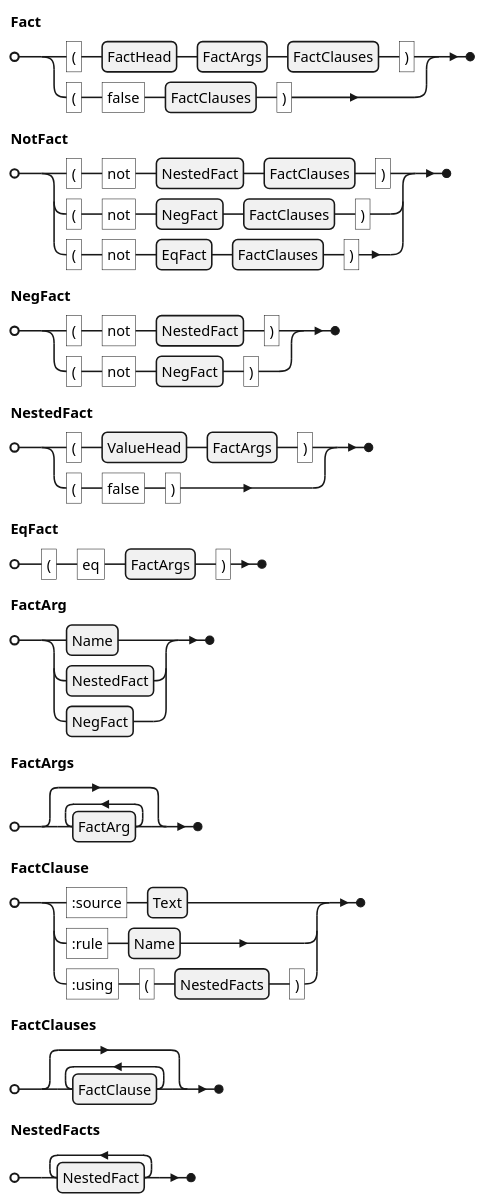
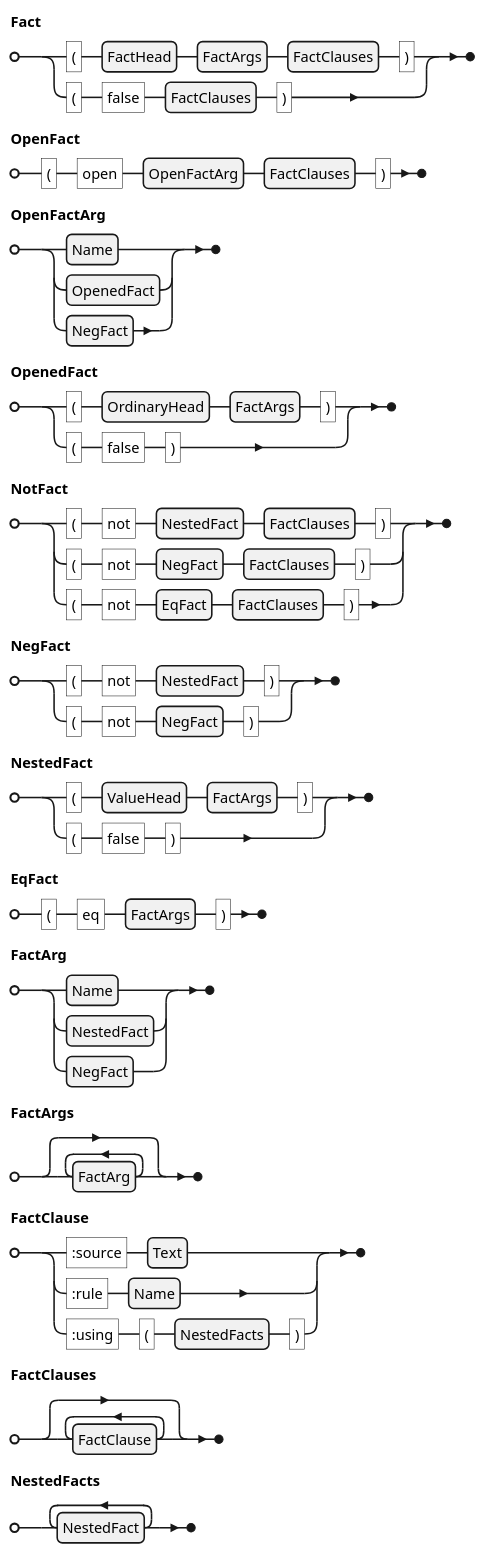
Before and after one commit to agutikov/ein: the diagram in docs/ein/user/04-reference/diagrams/01-grammar-phrase-fact.puml, drawn with PlantUML. The commit also changed 41 other files, not shown here.

```diff
--- a/docs/ein/user/04-reference/diagrams/01-grammar-phrase-fact.puml
+++ b/docs/ein/user/04-reference/diagrams/01-grammar-phrase-fact.puml
@@ -1,15 +1,18 @@
 @startebnf
 Fact = "(" , FactHead , FactArgs , FactClauses , ")" | "(" , "false" , FactClauses , ")" ;
+OpenFact = "(" , "open" , OpenFactArg , FactClauses , ")" ;
+OpenFactArg = Name | OpenedFact | NegFact ;
+OpenedFact = "(" , OrdinaryHead , FactArgs , ")" | "(" , "false" , ")" ;
 NotFact =
     "(" , "not" , NestedFact , FactClauses , ")"
   | "(" , "not" , NegFact , FactClauses , ")"
   | "(" , "not" , EqFact , FactClauses , ")" ;
 NegFact = "(" , "not" , NestedFact , ")" | "(" , "not" , NegFact , ")" ;
 NestedFact = "(" , ValueHead , FactArgs , ")" | "(" , "false" , ")" ;
 EqFact = "(" , "eq" , FactArgs , ")" ;
 FactArg = Name | NestedFact | NegFact ;
 FactArgs = { FactArg } ;
 FactClause = ":source" , Text | ":rule" , Name | ":using" , "(" , NestedFacts , ")" ;
 FactClauses = { FactClause } ;
 NestedFacts = { NestedFact }- ;
 @endebnf
```
